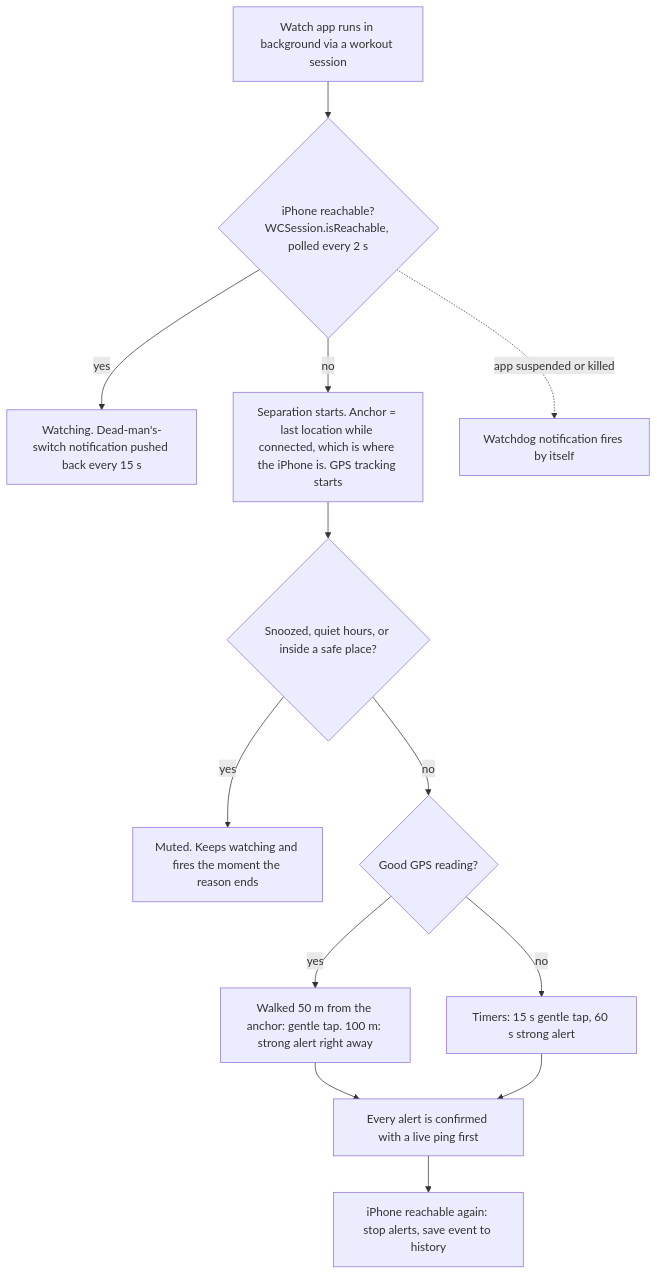
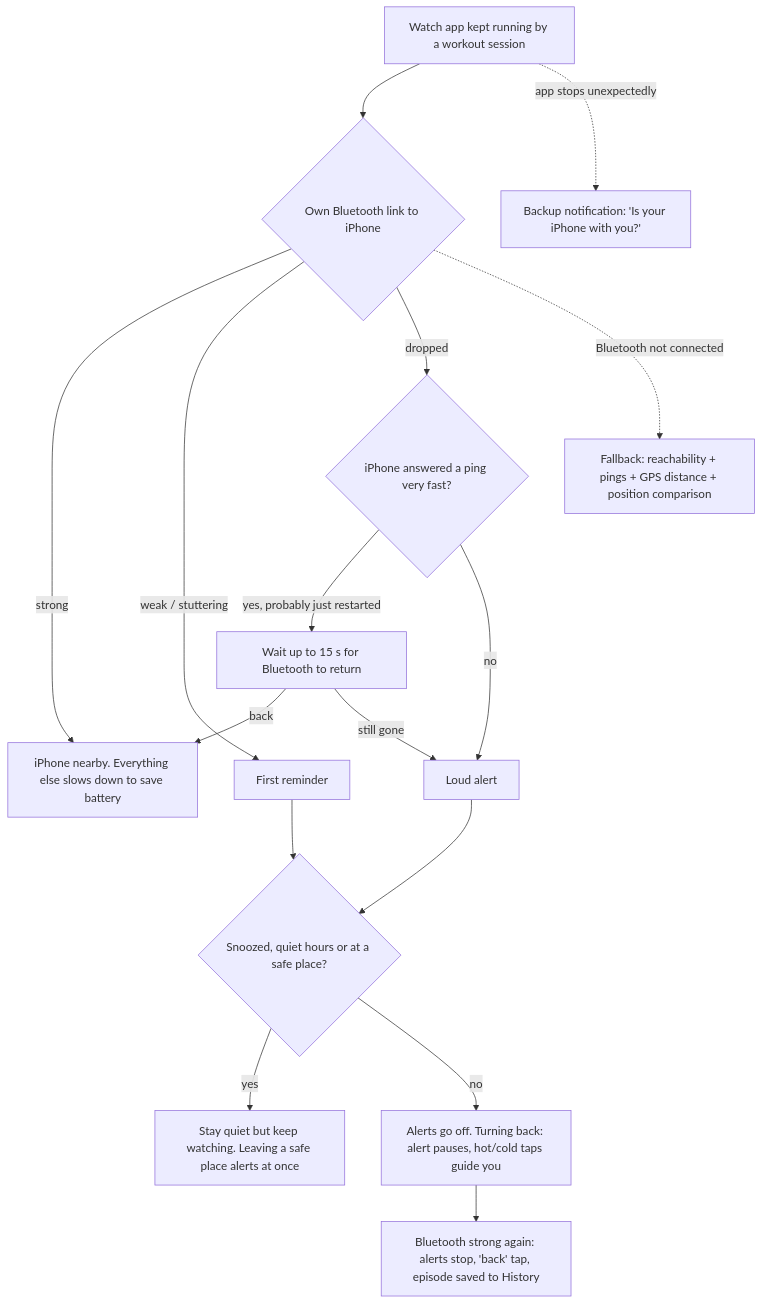
One commit to cod-itor/DiTether-OpenSource changed the diagram in README.md. Above: the diagram before and after it, drawn with Mermaid. The commit also changed other lines of this file, not shown here.

````diff
--- a/README.md
+++ b/README.md
@@ -9,15 +103,18 @@
 ```mermaid
 flowchart TD
-    A[Watch app runs in background via a workout session] --> B{iPhone reachable?<br/>WCSession.isReachable, polled every 2 s}
-    B -- yes --> C[Watching. Dead-man's-switch notification pushed back every 15 s]
-    B -- no --> D[Separation starts. Anchor = last location while connected, which is where the iPhone is. GPS tracking starts]
-    D --> E{Snoozed, quiet hours, or inside a safe place?}
-    E -- yes --> F[Muted. Keeps watching and fires the moment the reason ends]
-    E -- no --> K{Good GPS reading?}
-    K -- yes --> L[Walked 50 m from the anchor: gentle tap. 100 m: strong alert right away]
-    K -- no --> G[Timers: 15 s gentle tap, 60 s strong alert]
-    L --> P[Every alert is confirmed with a live ping first]
-    G --> P
-    P --> I[iPhone reachable again: stop alerts, save event to history]
-    B -. app suspended or killed .-> J[Watchdog notification fires by itself]
+    A[Watch app kept running by a workout session] --> B{Own Bluetooth link to iPhone}
+    B -- strong --> C[iPhone nearby. Everything else slows down to save battery]
+    B -- weak / stuttering --> D[First reminder]
+    B -- dropped --> E{iPhone answered a ping very fast?}
+    E -- yes, probably just restarted --> F[Wait up to 15 s for Bluetooth to return]
+    F -- back --> C
+    F -- still gone --> G[Loud alert]
+    E -- no --> G
+    D --> Q{Snoozed, quiet hours or at a safe place?}
+    G --> Q
+    Q -- yes --> M[Stay quiet but keep watching. Leaving a safe place alerts at once]
+    Q -- no --> H[Alerts go off. Turning back: alert pauses, hot/cold taps guide you]
+    H --> I[Bluetooth strong again: alerts stop, 'back' tap, episode saved to History]
+    B -. Bluetooth not connected .-> J[Fallback: reachability + pings + GPS distance + position comparison]
+    A -. app stops unexpectedly .-> K[Backup notification: 'Is your iPhone with you?']
 ```
````
